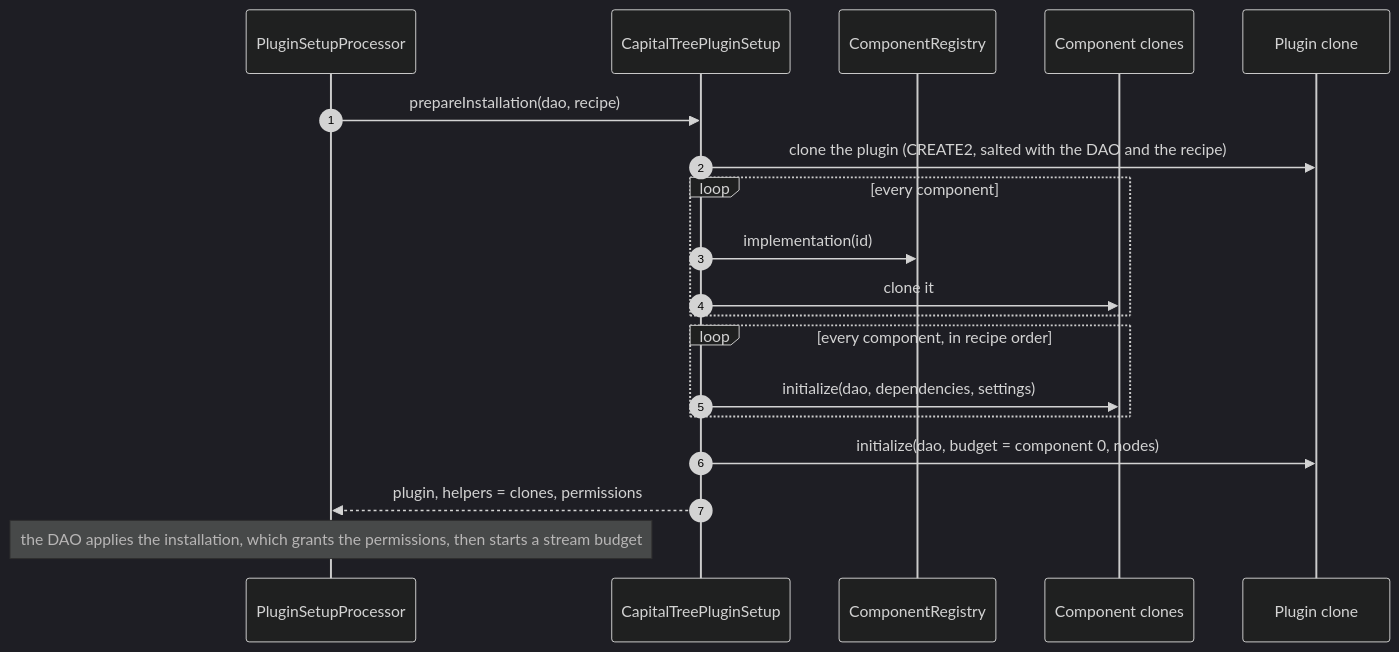
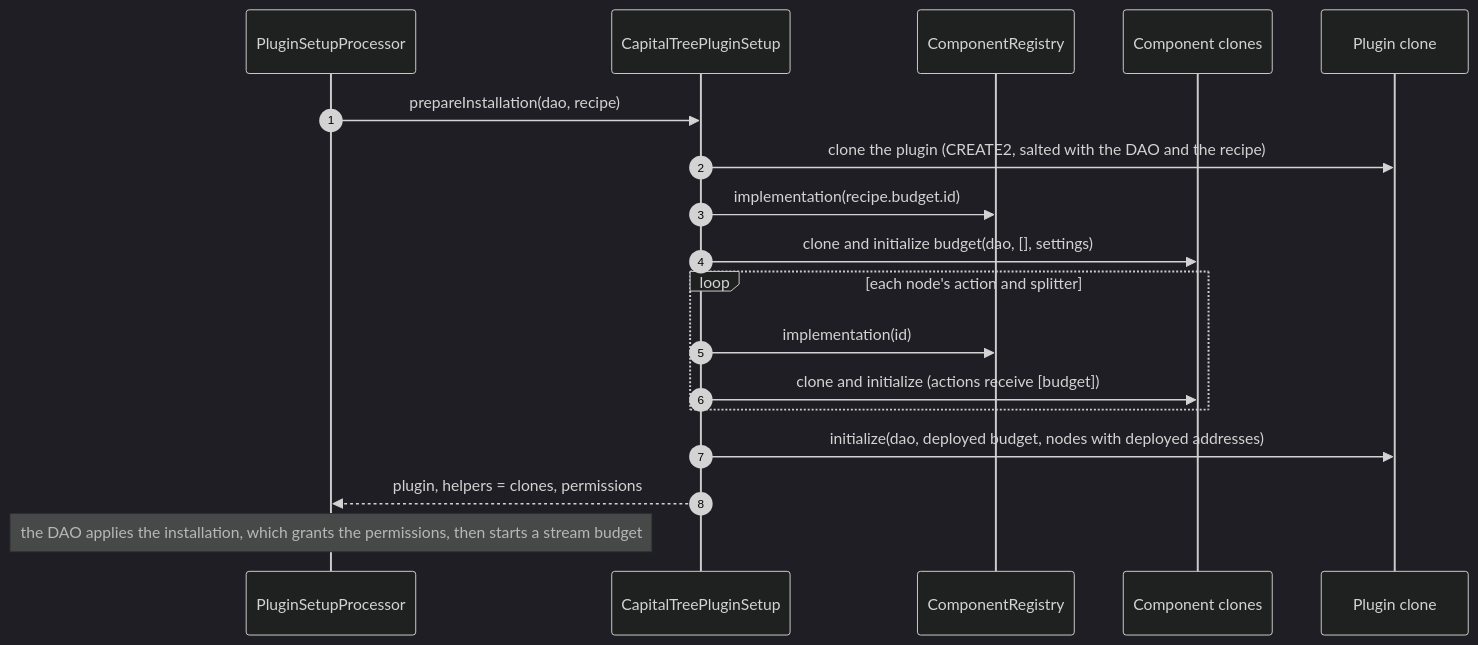
One commit to antfarm-official/tree-capital changed the ninth of 10 diagrams in README.md. Above: the diagram before and after it, drawn with Mermaid (dark theme). The commit also changed other lines of this file and 26 other files, not shown here.

````diff
--- a/README.md
+++ b/README.md
@@ -437,22 +452,21 @@
 ```mermaid
 sequenceDiagram
     autonumber
     participant PSP as PluginSetupProcessor
     participant Setup as CapitalTreePluginSetup
     participant Registry as ComponentRegistry
     participant Clones as Component clones
     participant Plugin as Plugin clone
 
     PSP->>Setup: prepareInstallation(dao, recipe)
     Setup->>Plugin: clone the plugin (CREATE2, salted with the DAO and the recipe)
-    loop every component
+    Setup->>Registry: implementation(recipe.budget.id)
+    Setup->>Clones: clone and initialize budget(dao, [], settings)
+    loop each node's action and splitter
         Setup->>Registry: implementation(id)
-        Setup->>Clones: clone it
+        Setup->>Clones: clone and initialize (actions receive [budget])
     end
-    loop every component, in recipe order
-        Setup->>Clones: initialize(dao, dependencies, settings)
-    end
-    Setup->>Plugin: initialize(dao, budget = component 0, nodes)
+    Setup->>Plugin: initialize(dao, deployed budget, nodes with deployed addresses)
     Setup-->>PSP: plugin, helpers = clones, permissions
     Note over PSP: the DAO applies the installation, which grants the permissions, then starts a stream budget
 ```
````
